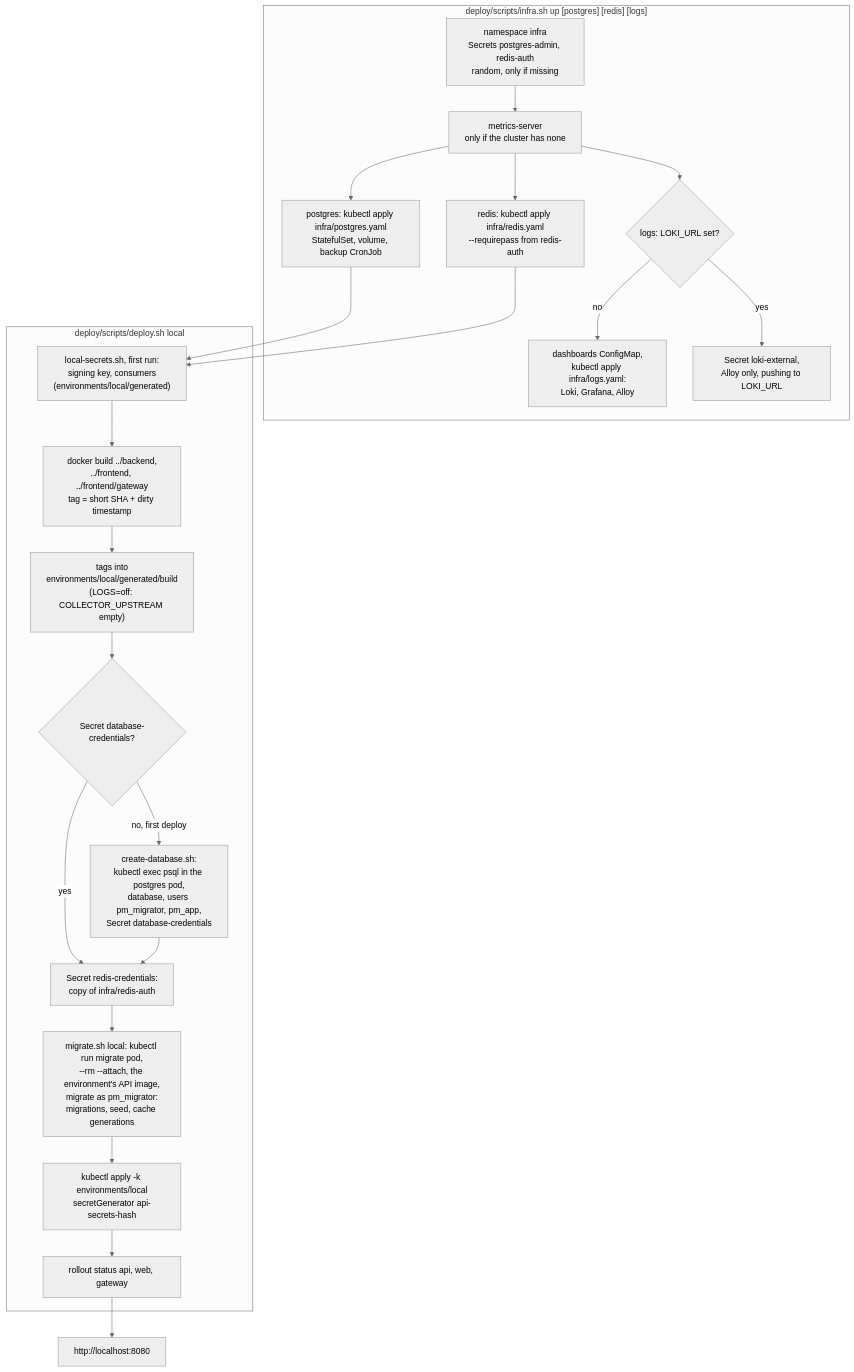
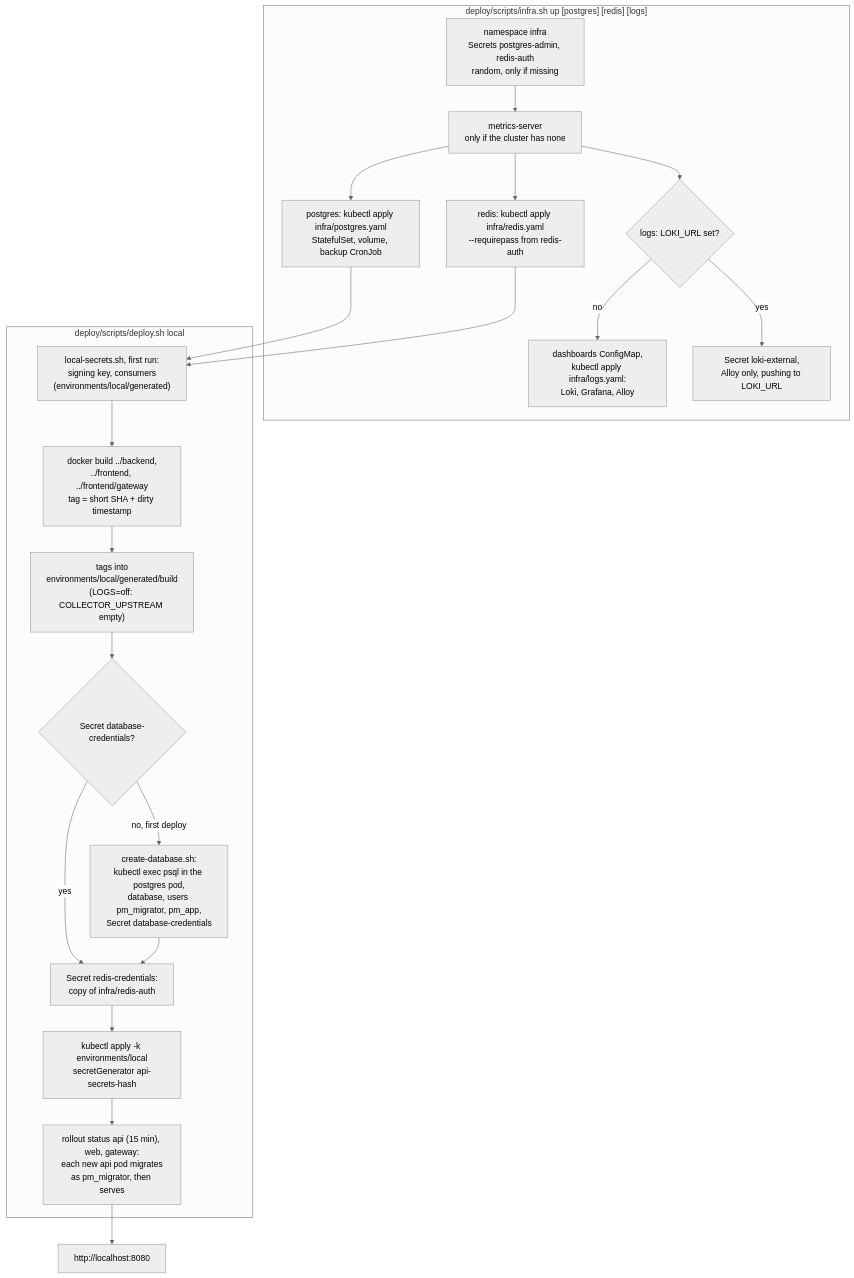
One commit to RubenCipriano/zeiss-product-management changed diagram 13 of 19 in docs/flows.md. Above: the diagram before and after it, drawn with Mermaid (neutral theme). The commit also changed other lines of this file and 18 other files, not shown here.

Commit message:
docs: migrations at API startup

````diff
--- a/docs/flows.md
+++ b/docs/flows.md
@@ -645,26 +645,25 @@
 ```mermaid
 flowchart TD
     subgraph infra["deploy/scripts/infra.sh up [postgres] [redis] [logs]"]
         i0["namespace infra<br/>Secrets postgres-admin, redis-auth<br/>random, only if missing"] --> i0b["metrics-server<br/>only if the cluster has none"]
         i0b --> i1["postgres: kubectl apply infra/postgres.yaml<br/>StatefulSet, volume, backup CronJob"]
         i0b --> i3["redis: kubectl apply infra/redis.yaml<br/>--requirepass from redis-auth"]
         i0b --> i4{"logs: LOKI_URL set?"}
         i4 -->|"no"| i5["dashboards ConfigMap,<br/>kubectl apply infra/logs.yaml:<br/>Loki, Grafana, Alloy"]
         i4 -->|"yes"| i6["Secret loki-external,<br/>Alloy only, pushing to LOKI_URL"]
     end
 
     subgraph local["deploy/scripts/deploy.sh local"]
         l0["local-secrets.sh, first run:<br/>signing key, consumers<br/>(environments/local/generated)"] --> l1["docker build ../backend,<br/>../frontend, ../frontend/gateway<br/>tag = short SHA + dirty timestamp"]
         l1 --> l2["tags into<br/>environments/local/generated/build<br/>(LOGS=off: COLLECTOR_UPSTREAM empty)"]
         l2 --> l3{"Secret database-credentials?"}
         l3 -->|"no, first deploy"| d1["create-database.sh:<br/>kubectl exec psql in the postgres pod,<br/>database, users pm_migrator, pm_app,<br/>Secret database-credentials"]
         l3 -->|"yes"| l4
         d1 --> l4["Secret redis-credentials:<br/>copy of infra/redis-auth"]
-        l4 --> l5["migrate.sh local: kubectl run migrate pod,<br/>--rm --attach, the environment's API image,<br/>migrate as pm_migrator:<br/>migrations, seed, cache generations"]
-        l5 --> l6["kubectl apply -k environments/local<br/>secretGenerator api-secrets-hash"]
-        l6 --> l7["rollout status api, web, gateway"]
+        l4 --> l6["kubectl apply -k environments/local<br/>secretGenerator api-secrets-hash"]
+        l6 --> l7["rollout status api (15 min), web, gateway:<br/>each new api pod migrates<br/>as pm_migrator, then serves"]
     end
 
     i1 & i3 --> l0
     l7 --> done["http://localhost:8080"]
 ```
````
